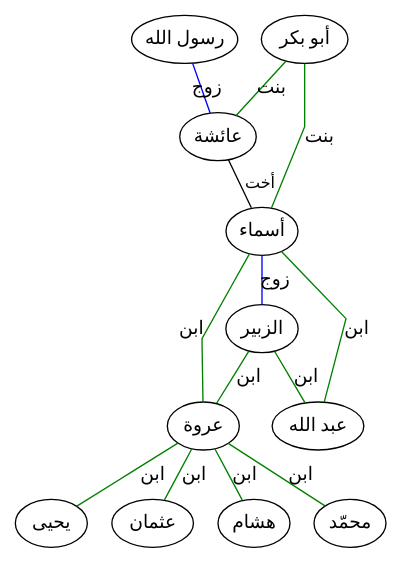
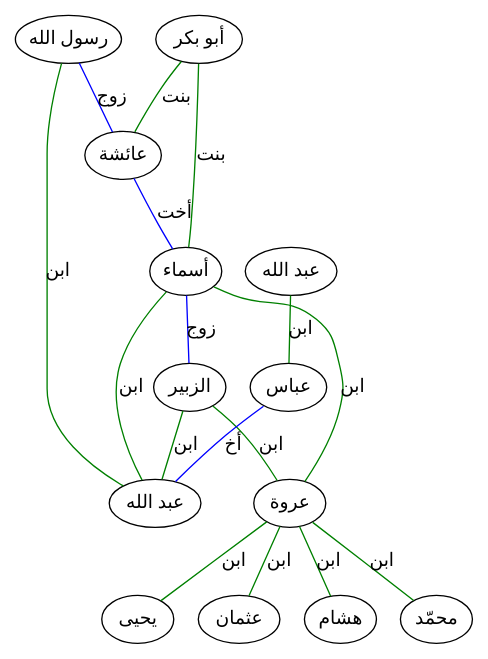
Before and after one commit to aowss/al-muwatta: the diagram in تراجم/صلة.gv, drawn with Graphviz. The commit also changed 12 other files, not shown here.

Commit message:
برجمة ابن عباس

```diff
--- a/تراجم/صلة.gv
+++ b/تراجم/صلة.gv
@@ -1,18 +1,22 @@
-graph step2 {
+graph tree {
+    pagedir = TR;
+//    rankdir = RL
 
-    graph[ nodesep = 0.25, ranksep = 0.3, splines = line ];
-
-    "رسول الله" -- "عائشة" [ label = "زوج", color=blue, labelangle = 45 ];
-    "أبو بكر" -- "عائشة" [ label = "بنت", color=green, labelangle = 45 ];
-    "أبو بكر" -- "أسماء" [ label = "بنت", color=green, labelangle = 45 ];
-    "عائشة" -- "أسماء" [ label = "أخت", labelangle = 45, fontname = "Courier", fontsize = 12 ];
-    "أسماء" -- "الزبير" [ label = "زوج", color=blue, labelangle = 45 ];
-    "أسماء" -- "عروة" [ label = "ابن", color=green, labelangle = 45 ];
-    "الزبير" -- "عروة" [ label = "ابن", color=green, labelangle = 45 ];
-    "أسماء" -- "عبد الله" [ label = "ابن", color=green, labelangle = 45 ];
-    "الزبير" -- "عبد الله" [ label = "ابن", color=green, labelangle = 45 ];
-    "عروة" -- "يحيى" [ label = "ابن", color=green, labelangle = 45 ];
-    "عروة" -- "عثمان" [ label = "ابن", color=green, labelangle = 45 ];
-    "عروة" -- "هشام" [ label = "ابن", color=green, labelangle = 45 ];
-    "عروة" -- "محمّد" [ label = "ابن", color=green, labelangle = 45 ];
+    "رسول الله" -- "عبد الله" [ label = "ابن", color = green ];
+    "رسول الله" -- "عائشة" [ label = "زوج", color = blue ];
+    "أبو بكر" -- "عائشة" [ label = "بنت", color = green ];
+    "أبو بكر" -- "أسماء" [ label = "بنت", color = green ];
+    "عائشة" -- "أسماء" [ label = "أخت", color = blue ];
+    "أسماء" -- "الزبير" [ label = "زوج", color = blue ];
+    "أسماء" -- "عروة" [ label = "ابن", color = green ];
+    "الزبير" -- "عروة" [ label = "ابن", color = green ];
+    "أسماء" -- "عبد الله" [ label = "ابن", color = green ];
+    "الزبير" -- "عبد الله" [ label = "ابن", color = green ];
+    "عروة" -- "يحيى" [ label = "ابن", color = green ];
+    "عروة" -- "عثمان" [ label = "ابن", color = green ];
+    "عروة" -- "هشام" [ label = "ابن", color = green ];
+    "عروة" -- "محمّد" [ label = "ابن", color = green ];
+    "عباس" -- "عبد الله" [ label = "أخ", color = blue ];
+    عبدالله١ [ label = "عبد الله" ];
+    عبدالله١ -- "عباس" [ label = "ابن", color = green ];
 }
```
